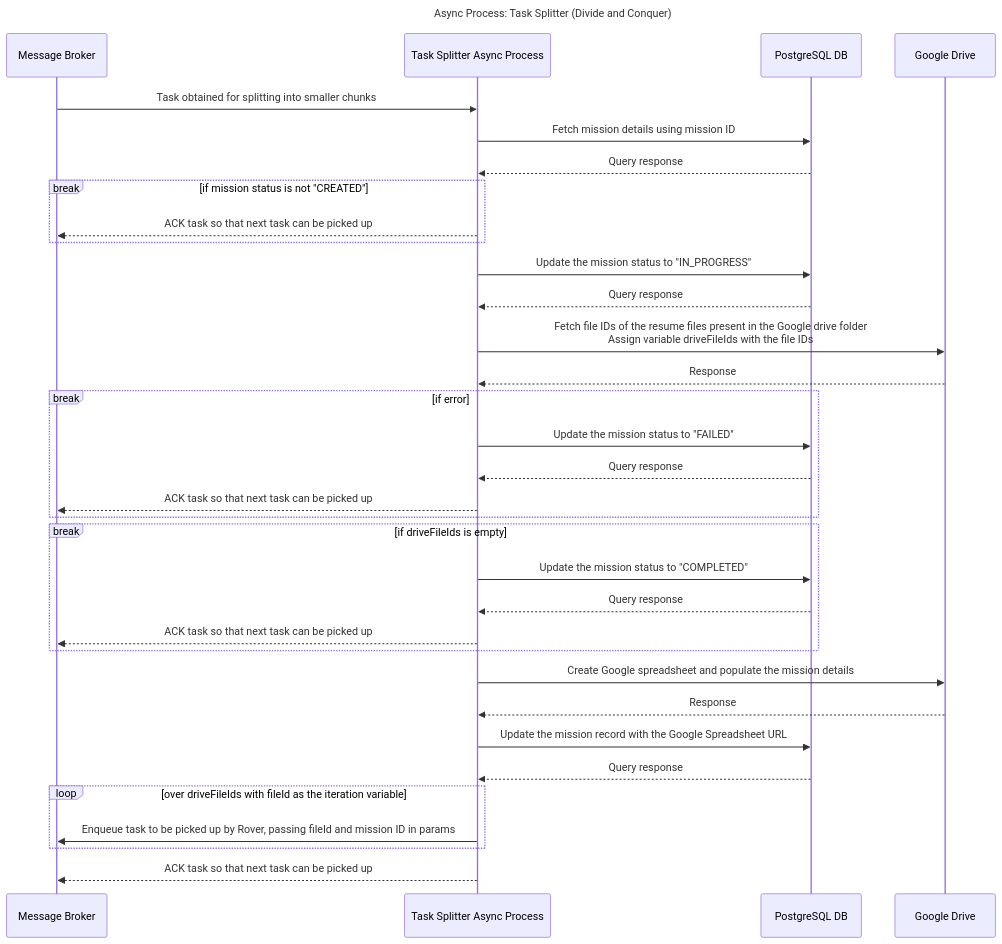
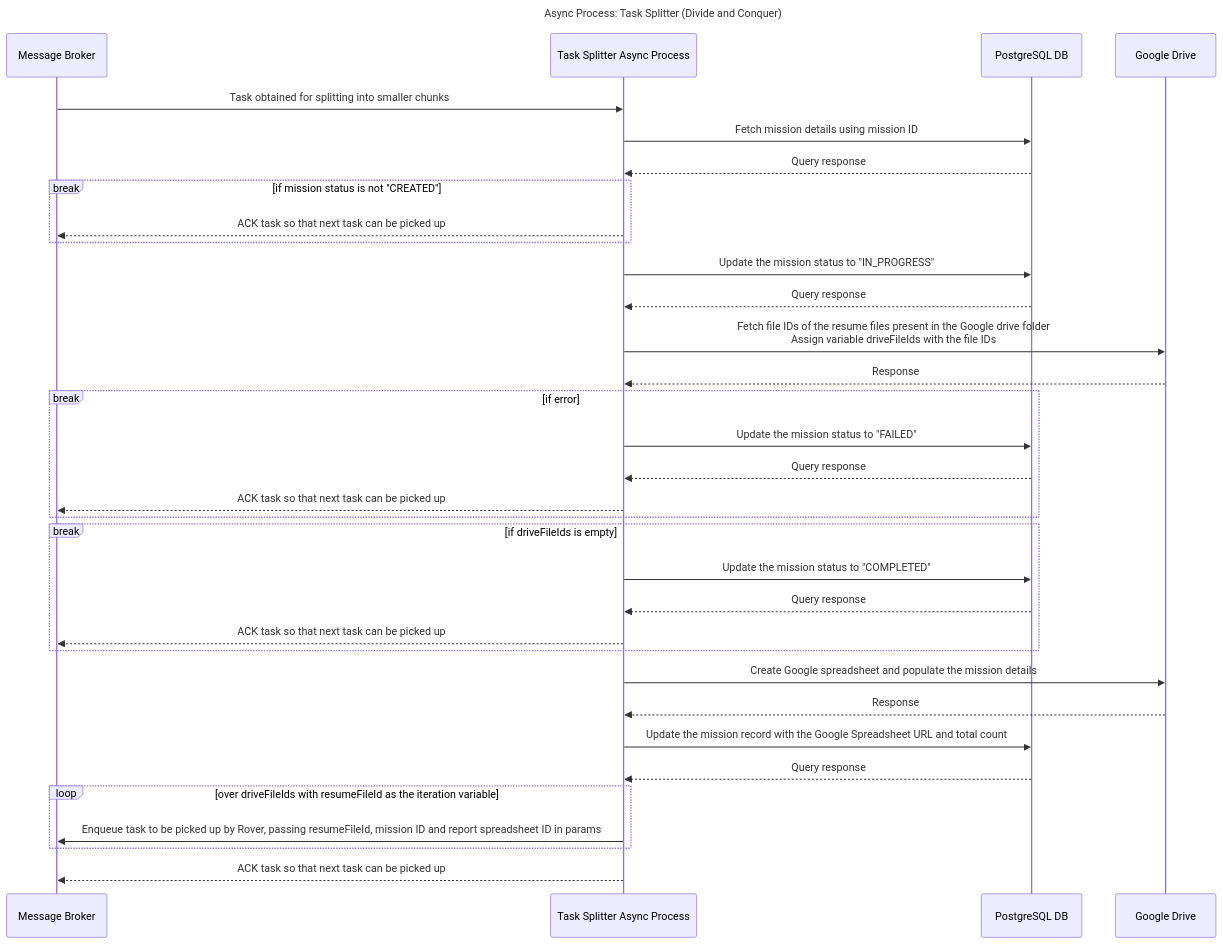
The diagram in docs/sequenceDiagrams/asyncProcess/taskSplitter.mermaid (kedarchandrayan/skill-detect-kompass), drawn with Mermaid before and after one commit. The commit also changed 2 other files, not shown here.

Commit message:
splitter async process

```diff
--- a/docs/sequenceDiagrams/asyncProcess/taskSplitter.mermaid
+++ b/docs/sequenceDiagrams/asyncProcess/taskSplitter.mermaid
@@ -1,47 +1,47 @@
 sequenceDiagram
     title: Async Process: Task Splitter (Divide and Conquer)
     participant MessageBroker as Message Broker
     participant Splitter as Task Splitter Async Process
     participant DB as PostgreSQL DB
     participant Drive as Google Drive
 
     MessageBroker ->> Splitter: Task obtained for splitting into smaller chunks
 
     Splitter ->> DB: Fetch mission details using mission ID
     DB -->> Splitter: Query response
 
     break if mission status is not "CREATED"
         Splitter -->> MessageBroker: ACK task so that next task can be picked up
     end
 
     Splitter ->> DB: Update the mission status to "IN_PROGRESS"
     DB -->> Splitter: Query response
 
     Splitter ->> Drive: Fetch file IDs of the resume files present in the Google drive folder<br>Assign variable driveFileIds with the file IDs
     Drive -->> Splitter: Response
 
     break if error
         Splitter ->> DB: Update the mission status to "FAILED"
         DB -->> Splitter: Query response
 
         Splitter -->> MessageBroker: ACK task so that next task can be picked up
     end
 
     break if driveFileIds is empty
         Splitter ->> DB: Update the mission status to "COMPLETED"
         DB -->> Splitter: Query response
 
         Splitter -->> MessageBroker: ACK task so that next task can be picked up
     end
 
     Splitter ->> Drive: Create Google spreadsheet and populate the mission details
     Drive -->> Splitter: Response
 
-    Splitter ->> DB: Update the mission record with the Google Spreadsheet URL
+    Splitter ->> DB: Update the mission record with the Google Spreadsheet URL and total count
     DB -->> Splitter: Query response
 
-    loop over driveFileIds with fileId as the iteration variable
-        Splitter ->> MessageBroker: Enqueue task to be picked up by Rover, passing fileId and mission ID in params
+    loop over driveFileIds with resumeFileId as the iteration variable
+        Splitter ->> MessageBroker: Enqueue task to be picked up by Rover, passing resumeFileId, mission ID and report spreadsheet ID in params
     end
 
     Splitter -->> MessageBroker: ACK task so that next task can be picked up
```
